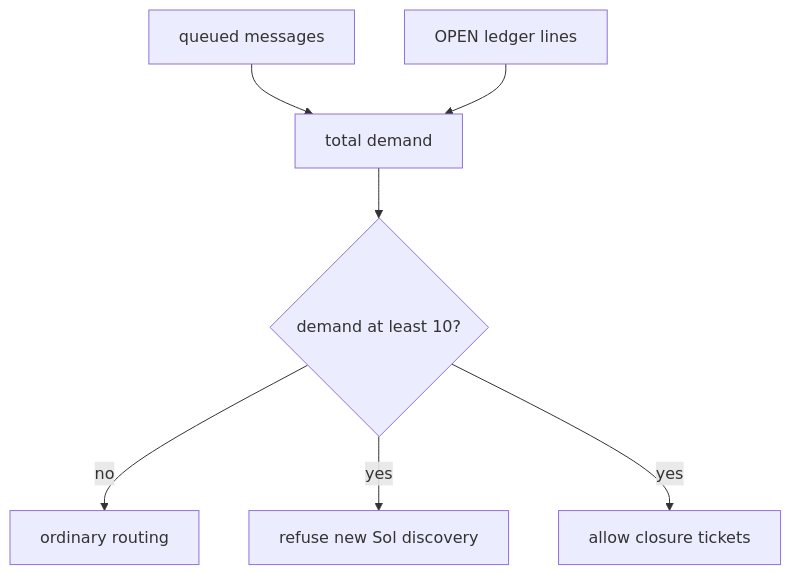
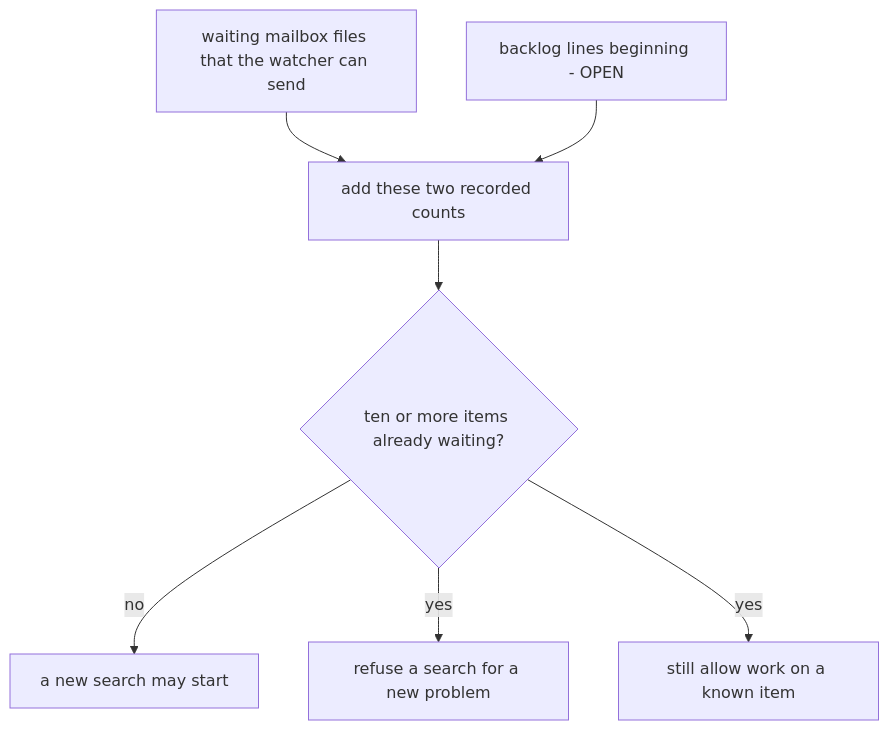
The sixth of 6 diagrams in ai/README.md (SBU-COSMOLIKE/emulators_code_v2), drawn with Mermaid before and after one commit. The commit also changed other lines of this file and 18 other files, not shown here.

````diff
--- a/ai/README.md
+++ b/ai/README.md
@@ -793,9 +911,9 @@
 ```mermaid
 flowchart TD
-  Q["queued messages"] --> N["total demand"]
-  B["OPEN ledger lines"] --> N
-  N --> T{"demand at least 10?"}
-  T -->|"no"| O["ordinary routing"]
-  T -->|"yes"| X["refuse new Sol discovery"]
-  T -->|"yes"| C["allow closure tickets"]
+  Q["waiting mailbox files that the watcher can send"] --> N["add these two recorded counts"]
+  B["backlog lines beginning - OPEN"] --> N
+  N --> T{"ten or more items already waiting?"}
+  T -->|"no"| O["a new search may start"]
+  T -->|"yes"| X["refuse a search for a new problem"]
+  T -->|"yes"| C["still allow work on a known item"]
 ```
````
